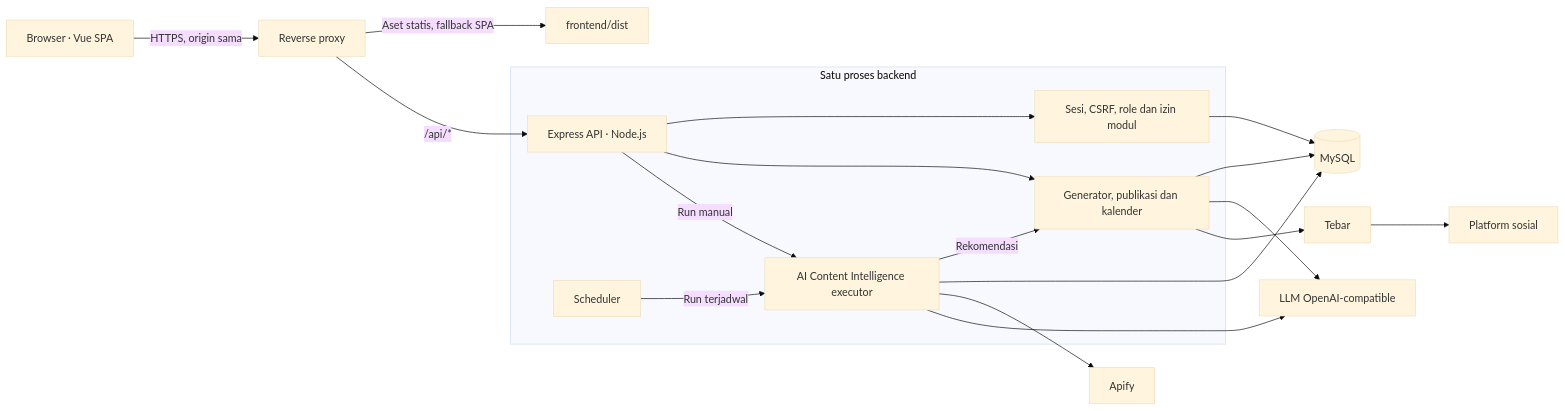
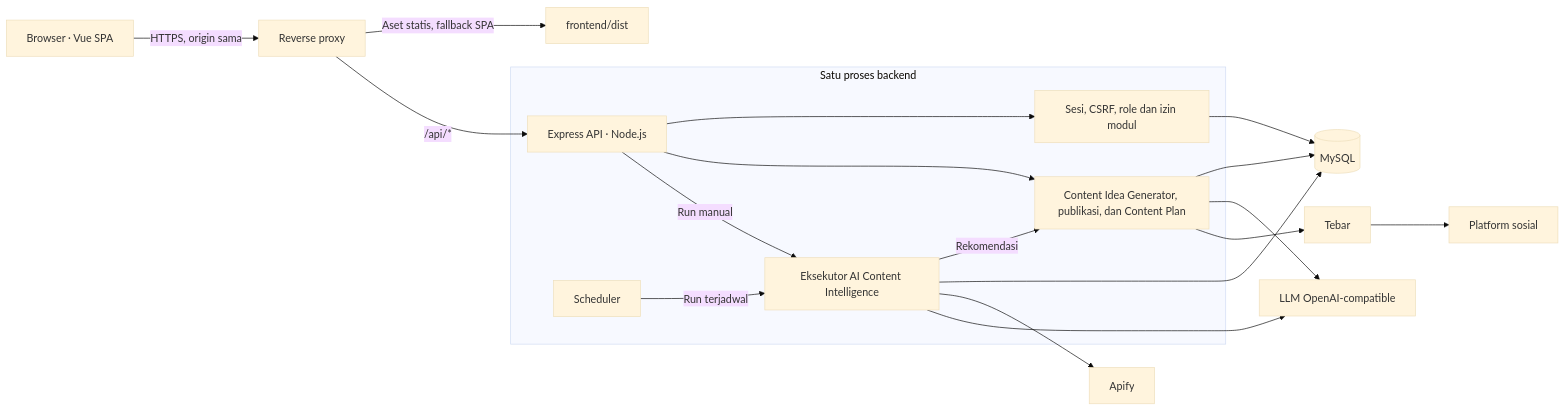
The fourth of 5 diagrams in README.md (Septiodwi/Pulse-AI), drawn with Mermaid (base theme) before and after one commit. The commit also changed other lines of this file, not shown here.

````diff
--- a/README.md
+++ b/README.md
@@ -115,21 +115,21 @@
 ```mermaid
 flowchart LR
     Browser["Browser · Vue SPA"] -->|"HTTPS, origin sama"| Proxy["Reverse proxy"]
     Proxy -->|"Aset statis, fallback SPA"| Static["frontend/dist"]
     Proxy -->|"/api/*"| API["Express API · Node.js"]
     subgraph Backend["Satu proses backend"]
         API --> Auth["Sesi, CSRF, role dan izin modul"]
-        API --> Content["Generator, publikasi dan kalender"]
-        API -->|"Run manual"| Executor["AI Content Intelligence executor"]
+        API --> Content["Content Idea Generator, publikasi, dan Content Plan"]
+        API -->|"Run manual"| Executor["Eksekutor AI Content Intelligence"]
         Scheduler["Scheduler"] -->|"Run terjadwal"| Executor
         Executor -->|"Rekomendasi"| Content
     end
     Auth --> DB[("MySQL")]
     Content --> DB
     Executor --> DB
     Executor --> Apify["Apify"]
     Executor --> LLM["LLM OpenAI-compatible"]
     Content --> LLM
     Content --> Tebar["Tebar"]
     Tebar --> Social["Platform sosial"]
 ```
````
